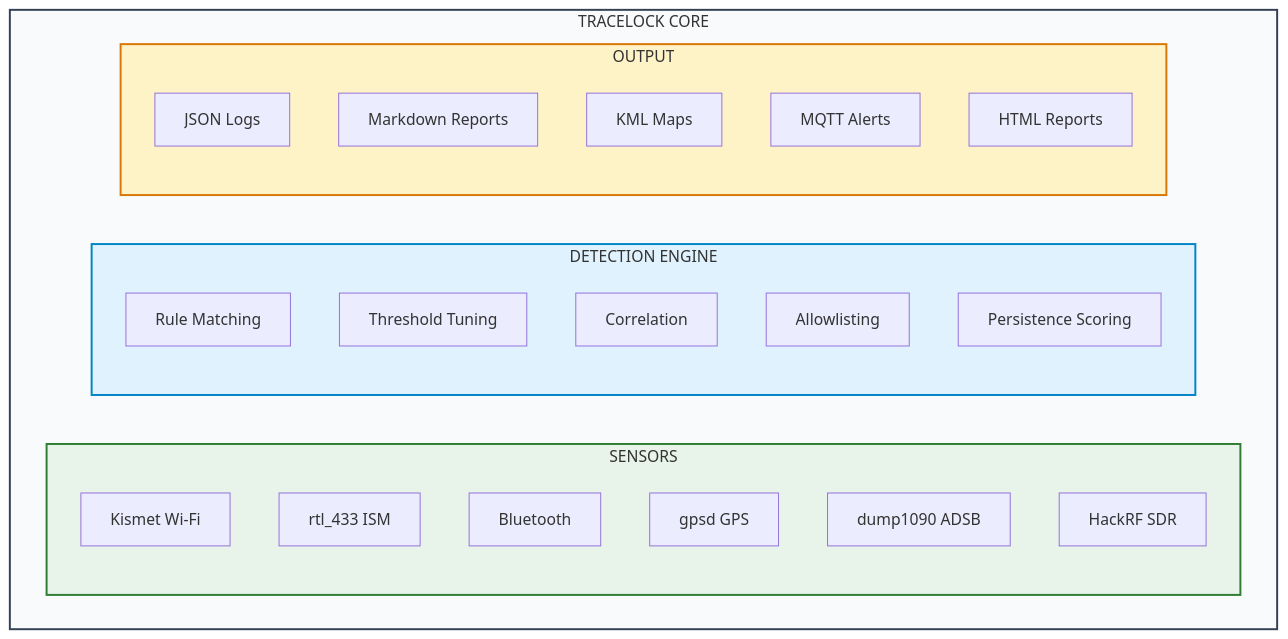
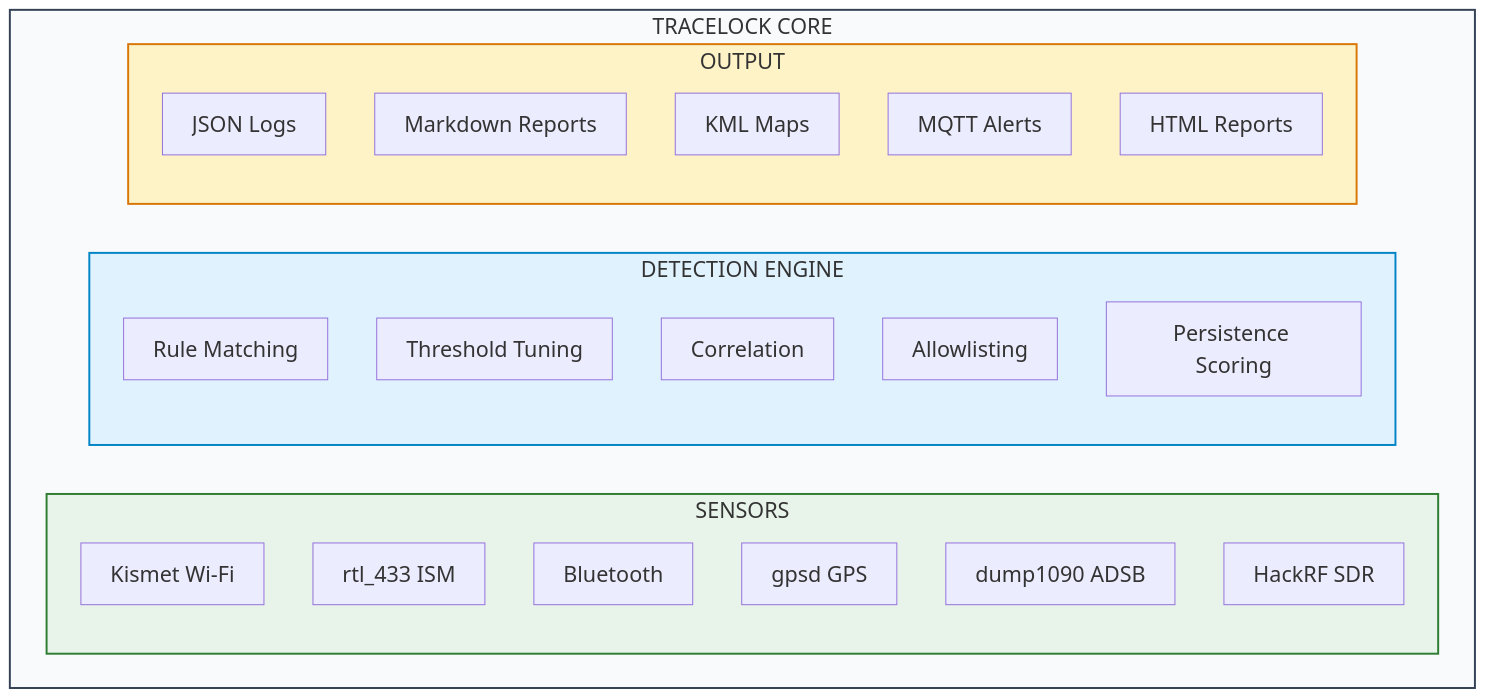
One commit to Pharns/portfolio changed the second of 3 diagrams in docs/cybersecurity/tracelock.md. Above: the diagram before and after it, drawn with Mermaid.

Commit message:
Match TraceLock diagram font sizes

````diff
--- a/docs/cybersecurity/tracelock.md
+++ b/docs/cybersecurity/tracelock.md
@@ -159,33 +159,34 @@
 ```mermaid
+%%{init: {"themeVariables": {"fontSize": "22px"}}}%%
 flowchart LR
     subgraph CORE["TRACELOCK CORE"]
         direction LR
         subgraph S["SENSORS"]
             S1["Kismet Wi-Fi"]
             S2["rtl_433 ISM"]
             S3["Bluetooth"]
             S4["gpsd GPS"]
             S5["dump1090 ADSB"]
             S6["HackRF SDR"]
         end
         subgraph D["DETECTION ENGINE"]
             D1["Rule Matching"]
             D2["Threshold Tuning"]
             D3["Correlation"]
             D4["Allowlisting"]
             D5["Persistence Scoring"]
         end
         subgraph O["OUTPUT"]
             O1["JSON Logs"]
             O2["Markdown Reports"]
             O3["KML Maps"]
             O4["MQTT Alerts"]
             O5["HTML Reports"]
         end
     end
 
     style CORE fill:#f8fafc,stroke:#334155,stroke-width:2px
     style S fill:#e8f4ea,stroke:#2e7d32,stroke-width:2px
     style D fill:#e0f2fe,stroke:#0284c7,stroke-width:2px
     style O fill:#fef3c7,stroke:#d97706,stroke-width:2px
 ```
````
